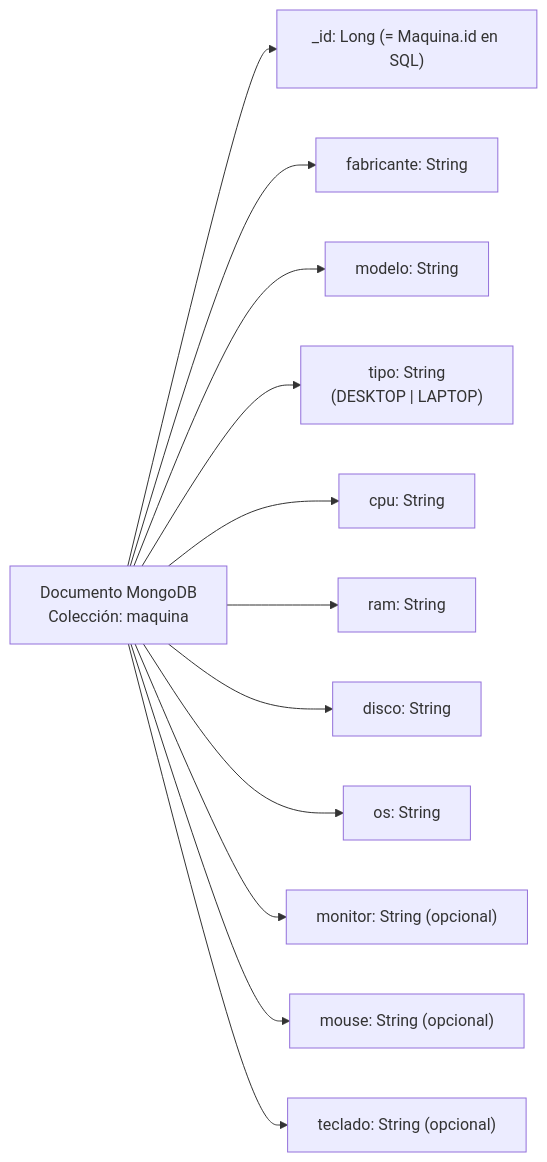
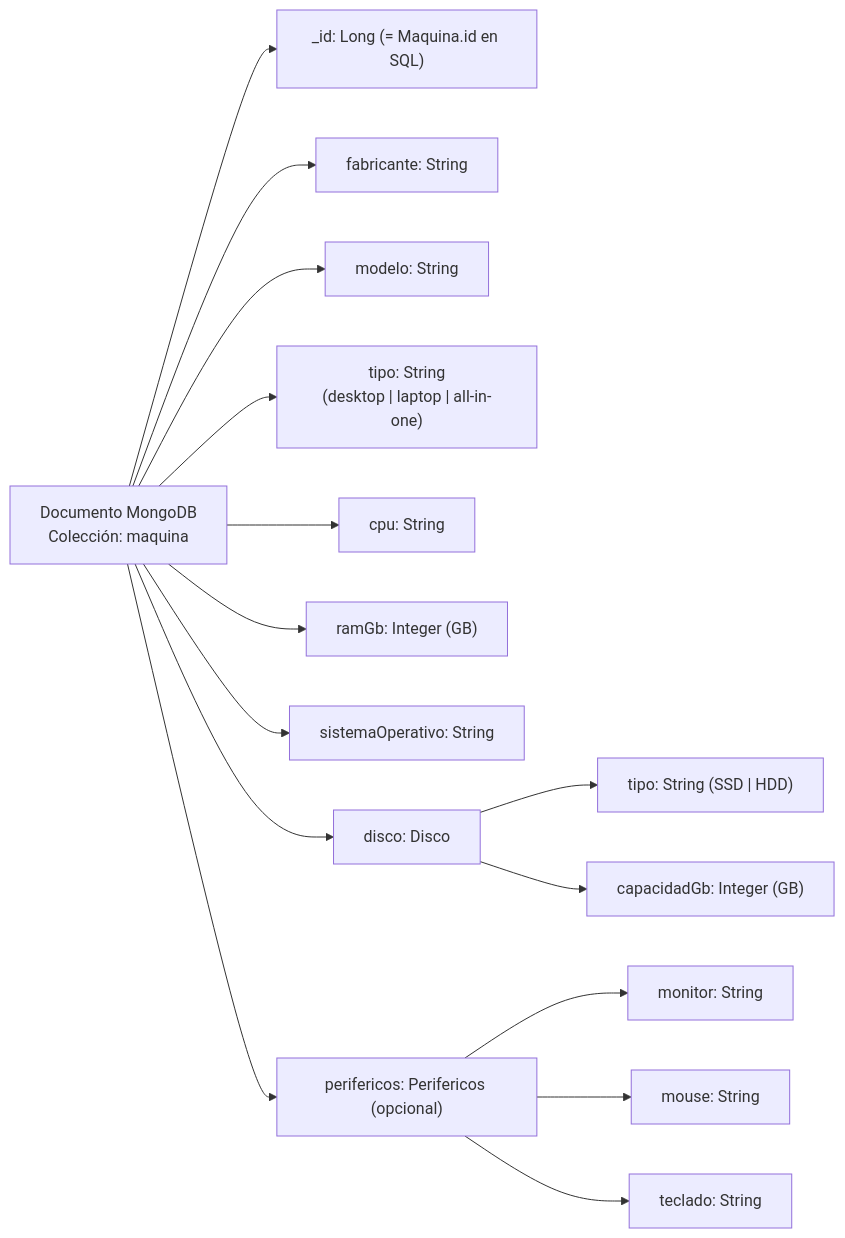
Before and after one commit to juanmahumeniuk/egi-inventario-seguro: the third of 6 diagrams in docs/Informe_EGI_Inventario.md, drawn with Mermaid. The commit also changed other lines of this file, not shown here.

````diff
--- a/docs/Informe_EGI_Inventario.md
+++ b/docs/Informe_EGI_Inventario.md
@@ -144,15 +146,20 @@
 ```mermaid
 graph LR
     DOC["Documento MongoDB\nColección: maquina"]
     DOC --> _id["_id: Long (= Maquina.id en SQL)"]
     DOC --> fabricante["fabricante: String"]
     DOC --> modelo["modelo: String"]
-    DOC --> tipo["tipo: String\n(DESKTOP | LAPTOP)"]
+    DOC --> tipo["tipo: String\n(desktop | laptop | all-in-one)"]
     DOC --> cpu["cpu: String"]
-    DOC --> ram["ram: String"]
-    DOC --> disco["disco: String"]
-    DOC --> os["os: String"]
-    DOC --> monitor["monitor: String (opcional)"]
-    DOC --> mouse["mouse: String (opcional)"]
-    DOC --> teclado["teclado: String (opcional)"]
+    DOC --> ramGb["ramGb: Integer (GB)"]
+    DOC --> sistemaOperativo["sistemaOperativo: String"]
+    DOC --> disco["disco: Disco"]
+    DOC --> perifericos["perifericos: Perifericos (opcional)"]
+
+    disco --> dt["tipo: String (SSD | HDD)"]
+    disco --> dc["capacidadGb: Integer (GB)"]
+
+    perifericos --> pm["monitor: String"]
+    perifericos --> pmo["mouse: String"]
+    perifericos --> pt["teclado: String"]
 ```
````
